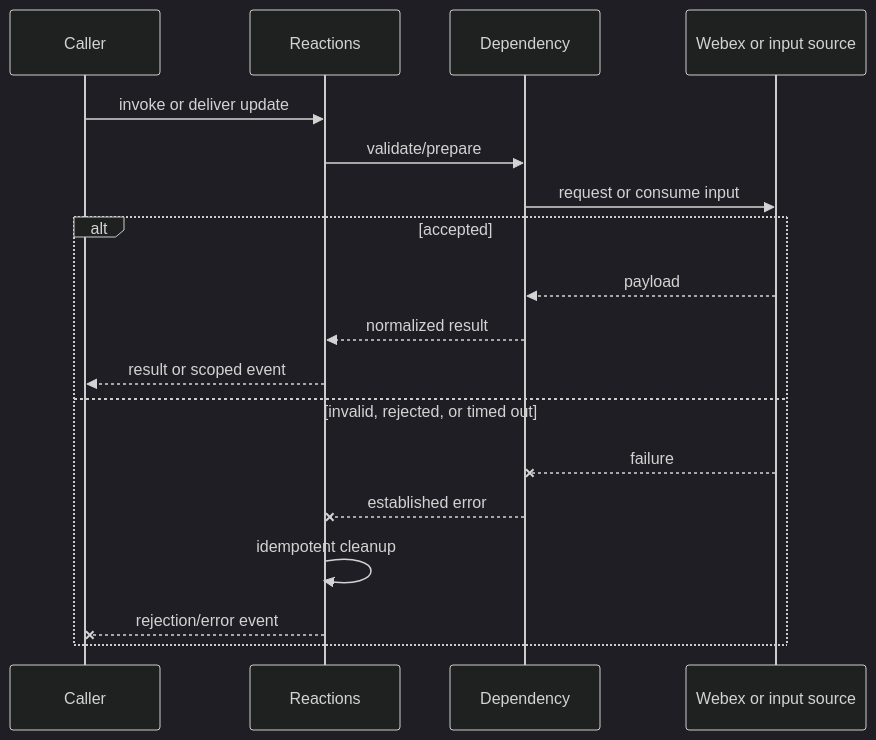
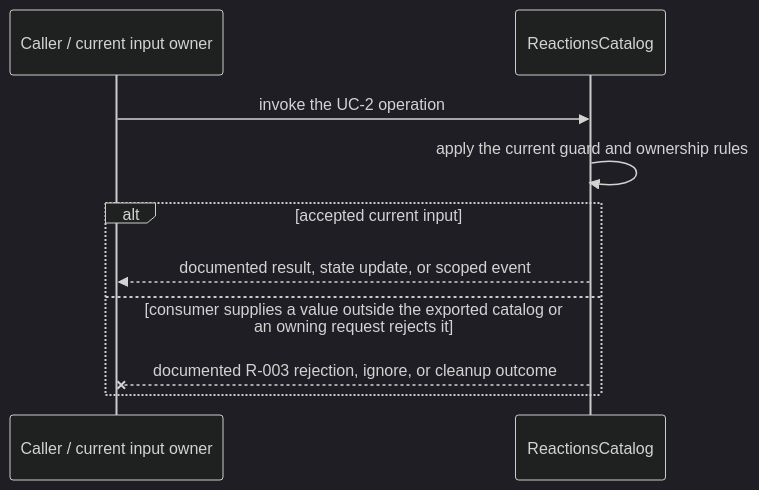
Before and after one commit to webex/webex-js-sdk: the third of 4 diagrams in packages/@webex/plugin-meetings/src/reactions/ai-docs/reactions-spec.md, drawn with Mermaid (dark theme). The commit also changed other lines of this file and 26 other files, not shown here.

````diff
--- a/packages/@webex/plugin-meetings/src/reactions/ai-docs/reactions-spec.md
+++ b/packages/@webex/plugin-meetings/src/reactions/ai-docs/reactions-spec.md
@@ -119,20 +128,12 @@
 ```mermaid
 sequenceDiagram
-  participant C as Caller
-  participant M as Reactions
-  participant D as Dependency
-  participant W as Webex or input source
-  C->>M: invoke or deliver update
-  M->>D: validate/prepare
-  D->>W: request or consume input
-  alt accepted
-    W-->>D: payload
-    D-->>M: normalized result
-    M-->>C: result or scoped event
-  else invalid, rejected, or timed out
-    W--xD: failure
-    D--xM: established error
-    M->>M: idempotent cleanup
-    M--xC: rejection/error event
+  participant C as Caller / current input owner
+  participant M as ReactionsCatalog
+  C->>M: invoke the UC-2 operation
+  M->>M: apply the current guard and ownership rules
+  alt accepted current input
+    M-->>C: documented result, state update, or scoped event
+  else consumer supplies a value outside the exported catalog or an owning request rejects it
+    M--xC: documented R-003 rejection, ignore, or cleanup outcome
   end
 ```
````
